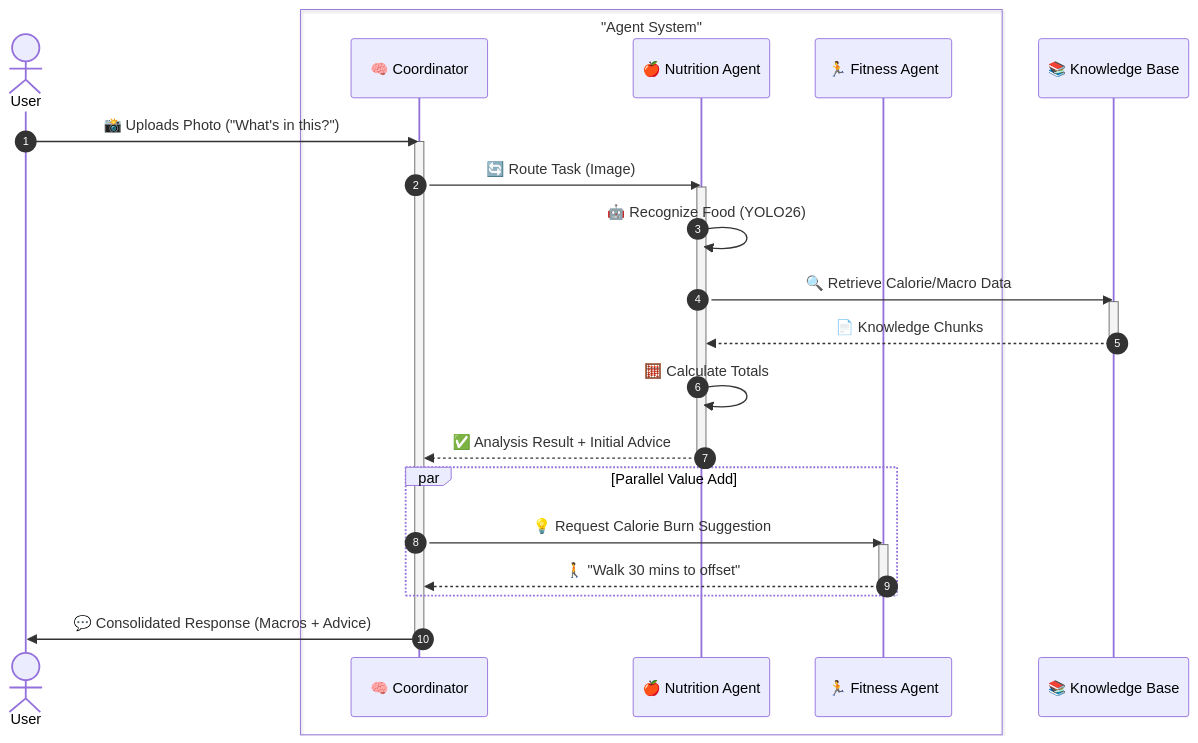
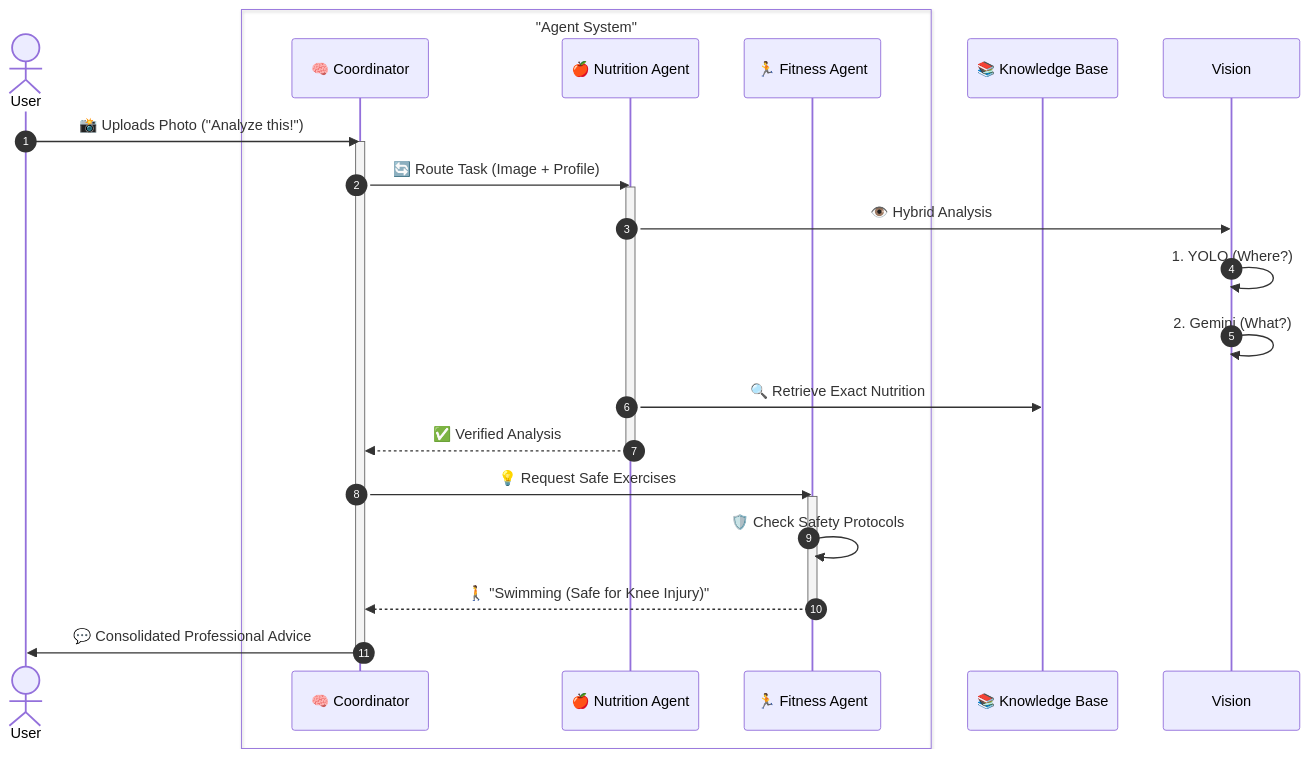
One commit to kevinhust/capstonetest changed the second of 3 diagrams in docs/project-design/L1-Business-Architecture.md. Above: the diagram before and after it, drawn with Mermaid. The commit also changed other lines of this file and 126 other files, not shown here.

Commit message:
feat: Final architecture alignment (YOLOv8 + Gemini Hybrid, Safety RAG, Discord Bot) and documentation v1.3

````diff
--- a/docs/project-design/L1-Business-Architecture.md
+++ b/docs/project-design/L1-Business-Architecture.md
@@ -69,38 +70,35 @@
 ```mermaid
 sequenceDiagram
     autonumber
     actor User
     participant Coord as 🧠 Coordinator
     participant NutAg as 🍎 Nutrition Agent
     participant FitAg as 🏃 Fitness Agent
     participant KB as 📚 Knowledge Base
 
     box "Agent System" #f9f9f9
         participant Coord
         participant NutAg
         participant FitAg
     end
 
-    User->>Coord: 📸 Uploads Photo ("What's in this?")
+    User->>Coord: 📸 Uploads Photo ("Analyze this!")
     activate Coord
-    Coord->>NutAg: 🔄 Route Task (Image)
+    Coord->>NutAg: 🔄 Route Task (Image + Profile)
     activate NutAg
-    NutAg->>NutAg: 🤖 Recognize Food (YOLO26)
-    NutAg->>KB: 🔍 Retrieve Calorie/Macro Data
-    activate KB
-    KB-->>NutAg: 📄 Knowledge Chunks
-    deactivate KB
-    NutAg->>NutAg: 🧮 Calculate Totals
-    NutAg-->>Coord: ✅ Analysis Result + Initial Advice
+    NutAg->>Vision: 👁️ Hybrid Analysis
+    Vision->>Vision: 1. YOLO (Where?)
+    Vision->>Vision: 2. Gemini (What?)
+    NutAg->>KB: 🔍 Retrieve Exact Nutrition
+    NutAg-->>Coord: ✅ Verified Analysis
     deactivate NutAg
     
-    par Parallel Value Add
-        Coord->>FitAg: 💡 Request Calorie Burn Suggestion
-        activate FitAg
-        FitAg-->>Coord: 🚶 "Walk 30 mins to offset"
-        deactivate FitAg
-    end
+    Coord->>FitAg: 💡 Request Safe Exercises
+    activate FitAg
+    FitAg->>FitAg: 🛡️ Check Safety Protocols
+    FitAg-->>Coord: 🚶 "Swimming (Safe for Knee Injury)"
+    deactivate FitAg
 
-    Coord->>User: 💬 Consolidated Response (Macros + Advice)
+    Coord->>User: 💬 Consolidated Professional Advice
     deactivate Coord
 ```
````
